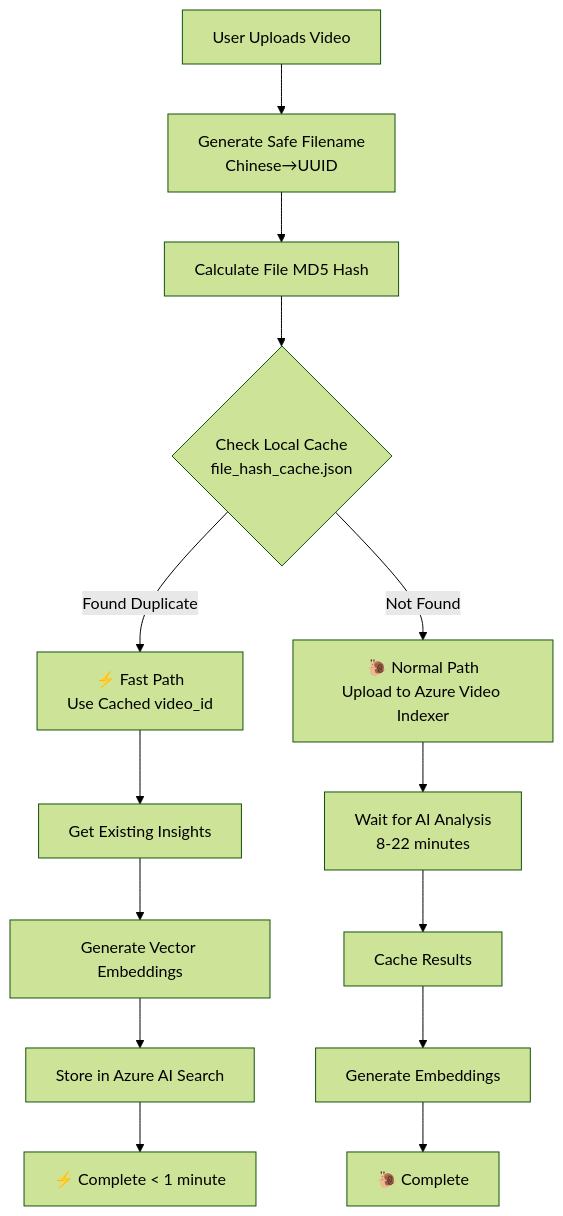
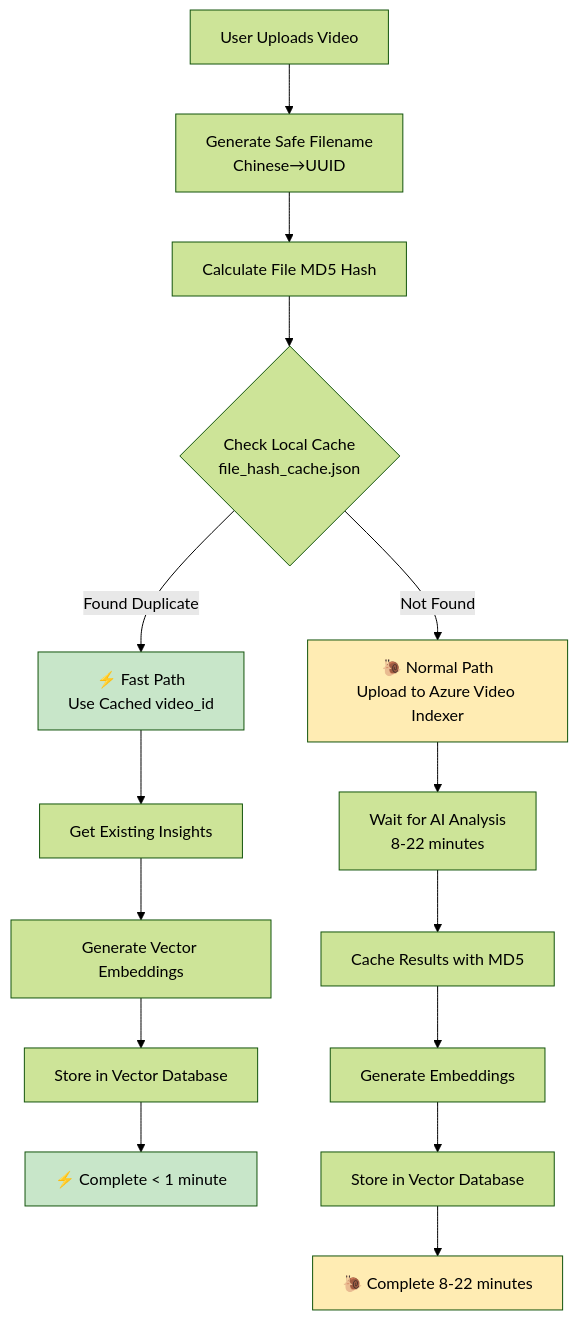
The third of 6 diagrams in README.md (whfan0827/VideoQnA-LTW), drawn with Mermaid (forest theme) before and after one commit. The commit also changed other lines of this file, not shown here.

````diff
--- a/README.md
+++ b/README.md
@@ -23,20 +122,26 @@
 ```mermaid
 flowchart TD
     A[User Uploads Video] --> B[Generate Safe Filename<br/>Chinese→UUID]
     B --> C[Calculate File MD5 Hash]
     C --> D{Check Local Cache<br/>file_hash_cache.json}
     
     %% Fast Path (Duplicate Detection)
     D -->|Found Duplicate| E[⚡ Fast Path<br/>Use Cached video_id]
     E --> F[Get Existing Insights]
     F --> G[Generate Vector Embeddings]
-    G --> H[Store in Azure AI Search]
+    G --> H[Store in Vector Database]
     H --> I[⚡ Complete < 1 minute]
     
     %% Normal Path (First Upload)
     D -->|Not Found| J[🐌 Normal Path<br/>Upload to Azure Video Indexer]
     J --> K[Wait for AI Analysis<br/>8-22 minutes]
-    K --> L[Cache Results]
+    K --> L[Cache Results with MD5]
     L --> M[Generate Embeddings]
-    M --> N[🐌 Complete]
+    M --> N[Store in Vector Database]
+    N --> O[🐌 Complete 8-22 minutes]
+    
+    style E fill:#c8e6c9
+    style I fill:#c8e6c9
+    style J fill:#ffecb3
+    style O fill:#ffecb3
 ```
````
